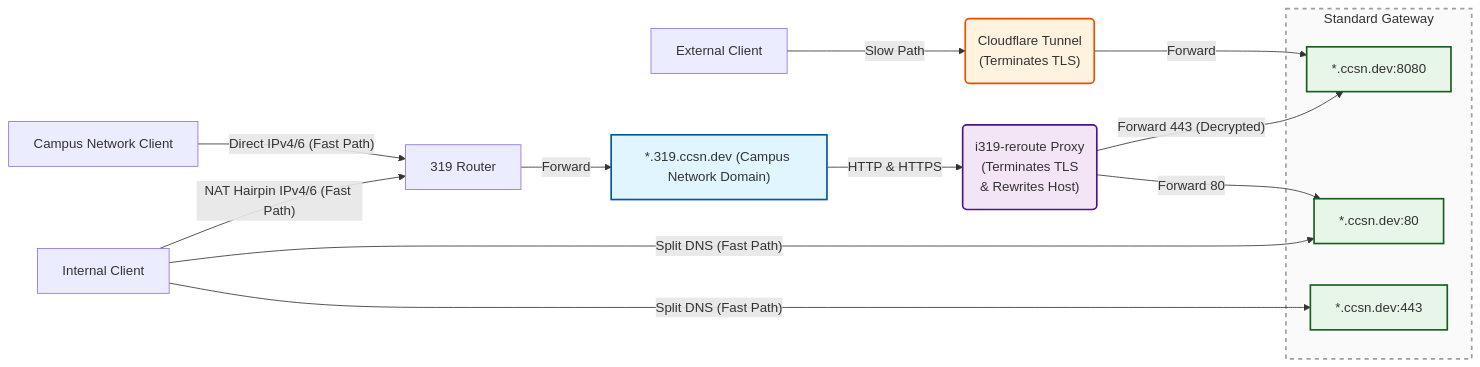
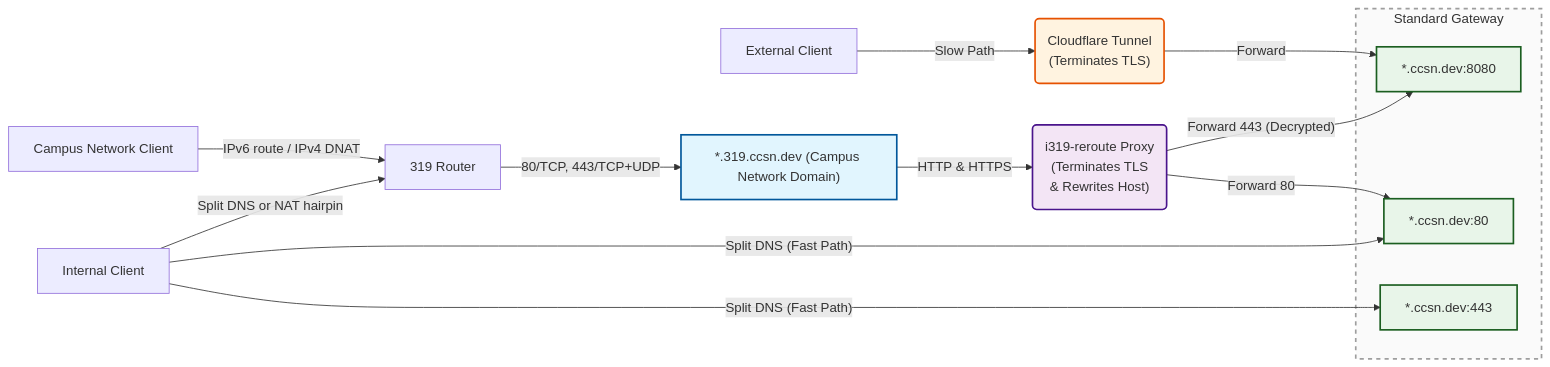
One commit to the-ccsn/k8s-gitops changed the diagram in README.gateway.md. Above: the diagram before and after it, drawn with Mermaid. The commit also changed other lines of this file and 10 other files, not shown here.

````diff
--- a/README.gateway.md
+++ b/README.gateway.md
@@ -10,50 +11,50 @@
 ```mermaid
 graph LR
     %% Clients
     Ext[External Client]
     Cam[Campus Network Client]
     Int[Internal Client]
 
     %% Middle Tier & Ingress
     CF_Tunnel("Cloudflare Tunnel<br/>(Terminates TLS)")
     319_router[319 Router]
     Domain_319["*.319.ccsn.dev (Campus Network Domain)"]
     319_reroute("i319-reroute Proxy<br/>(Terminates TLS<br/>& Rewrites Host)")
 
     %% Gateway (Rearranged node order to perfectly avoid line crossings)
     subgraph Gateway [Standard Gateway]
         GW_8080["*.ccsn.dev:8080"]
         GW_80["*.ccsn.dev:80"]
         GW_443["*.ccsn.dev:443"]
     end
 
     %% --- 1. Top Path ---
     Ext -->|"Slow Path"| CF_Tunnel
     CF_Tunnel -->|"Forward"| GW_8080
 
     %% --- 2. Middle Path (Includes i319-reroute routing) ---
-    Cam -->|"Direct IPv4/6 (Fast Path)"| 319_router
-    Int -->|"NAT Hairpin IPv4/6 (Fast Path)"| 319_router
-    319_router -->|"Forward"| Domain_319
+    Cam -->|"IPv6 route / IPv4 DNAT"| 319_router
+    Int -->|"Split DNS or NAT hairpin"| 319_router
+    319_router -->|"80/TCP, 443/TCP+UDP"| Domain_319
     
     %% Domain receives 80 & 443 traffic and passes it to the proxy
     Domain_319 -->|"HTTP & HTTPS"| 319_reroute
     
     %% i319-reroute routing logic
     319_reroute -->|"Forward 443 (Decrypted)"| GW_8080
     319_reroute -->|"Forward 80"| GW_80
 
     %% --- 3. Bottom Path (Internal Direct) ---
     Int -->|"Split DNS (Fast Path)"| GW_80
     Int -->|"Split DNS (Fast Path)"| GW_443
 
     %% Style Definitions
     style Domain_319 fill:#e1f5fe,stroke:#01579b,stroke-width:2px
     style CF_Tunnel fill:#fff3e0,stroke:#e65100,stroke-width:2px
     style 319_reroute fill:#f3e5f5,stroke:#4a148c,stroke-width:2px
     style GW_80 fill:#e8f5e9,stroke:#1b5e20,stroke-width:2px
     style GW_443 fill:#e8f5e9,stroke:#1b5e20,stroke-width:2px
     style GW_8080 fill:#e8f5e9,stroke:#1b5e20,stroke-width:2px
     style Gateway fill:#fafafa,stroke:#9e9e9e,stroke-width:2px,stroke-dasharray: 5 5
 
 ```
````
